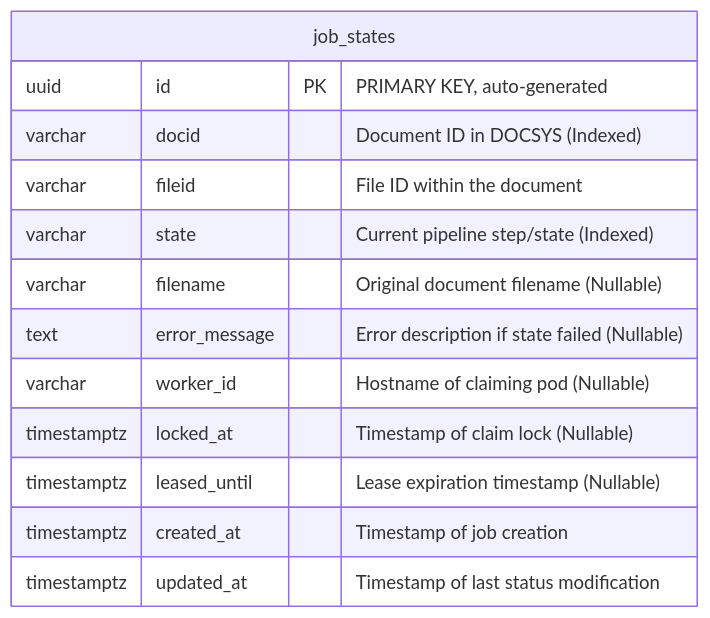
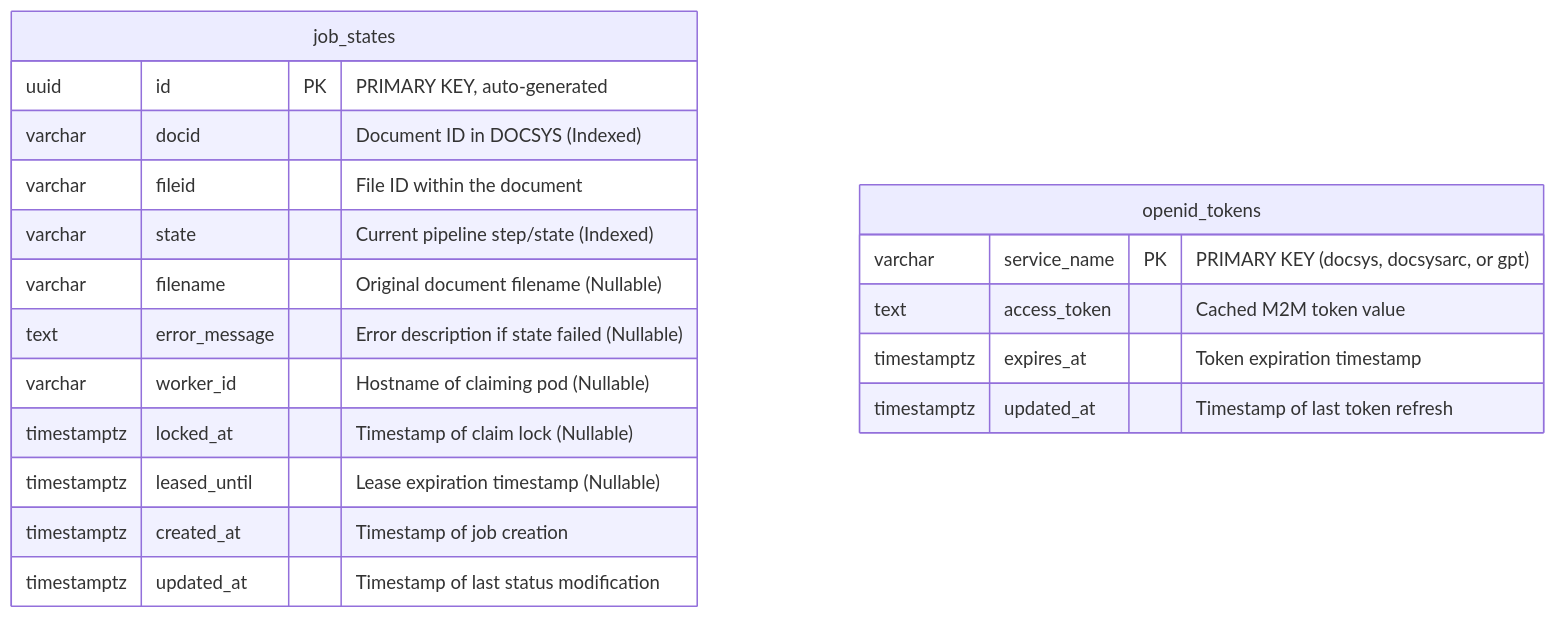
The diagram in docs/er_diagram.mermaid (Kullapan/python-ocr-summary-worker-openshift), drawn with Mermaid before and after one commit. The commit also changed 13 other files, not shown here.

Commit message:
feat: implement OIDC machine-to-machine authentication service and integrate it into DOCSYS/GPT workflows

```diff
--- a/docs/er_diagram.mermaid
+++ b/docs/er_diagram.mermaid
@@ -1,14 +1,21 @@
 erDiagram
     job_states {
         uuid id PK "PRIMARY KEY, auto-generated"
         varchar docid "Document ID in DOCSYS (Indexed)"
         varchar fileid "File ID within the document"
         varchar state "Current pipeline step/state (Indexed)"
         varchar filename "Original document filename (Nullable)"
         text error_message "Error description if state failed (Nullable)"
         varchar worker_id "Hostname of claiming pod (Nullable)"
         timestamptz locked_at "Timestamp of claim lock (Nullable)"
         timestamptz leased_until "Lease expiration timestamp (Nullable)"
         timestamptz created_at "Timestamp of job creation"
         timestamptz updated_at "Timestamp of last status modification"
     }
+
+    openid_tokens {
+        varchar service_name PK "PRIMARY KEY (docsys, docsysarc, or gpt)"
+        text access_token "Cached M2M token value"
+        timestamptz expires_at "Token expiration timestamp"
+        timestamptz updated_at "Timestamp of last token refresh"
+    }
```
